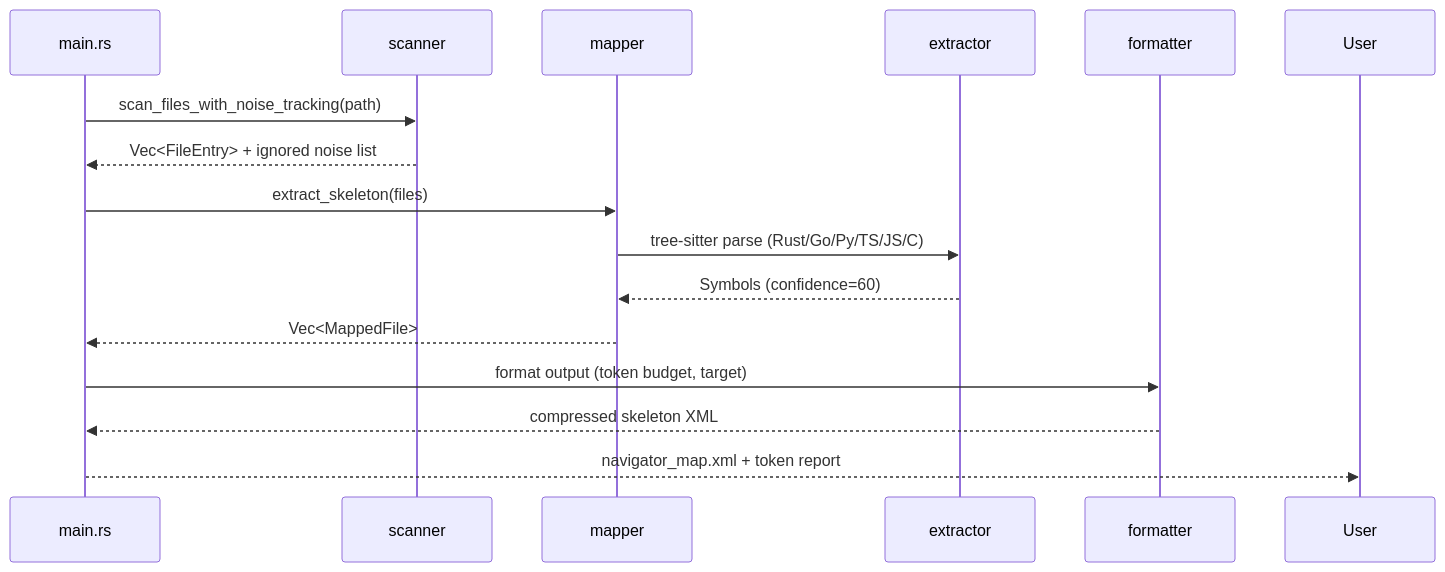
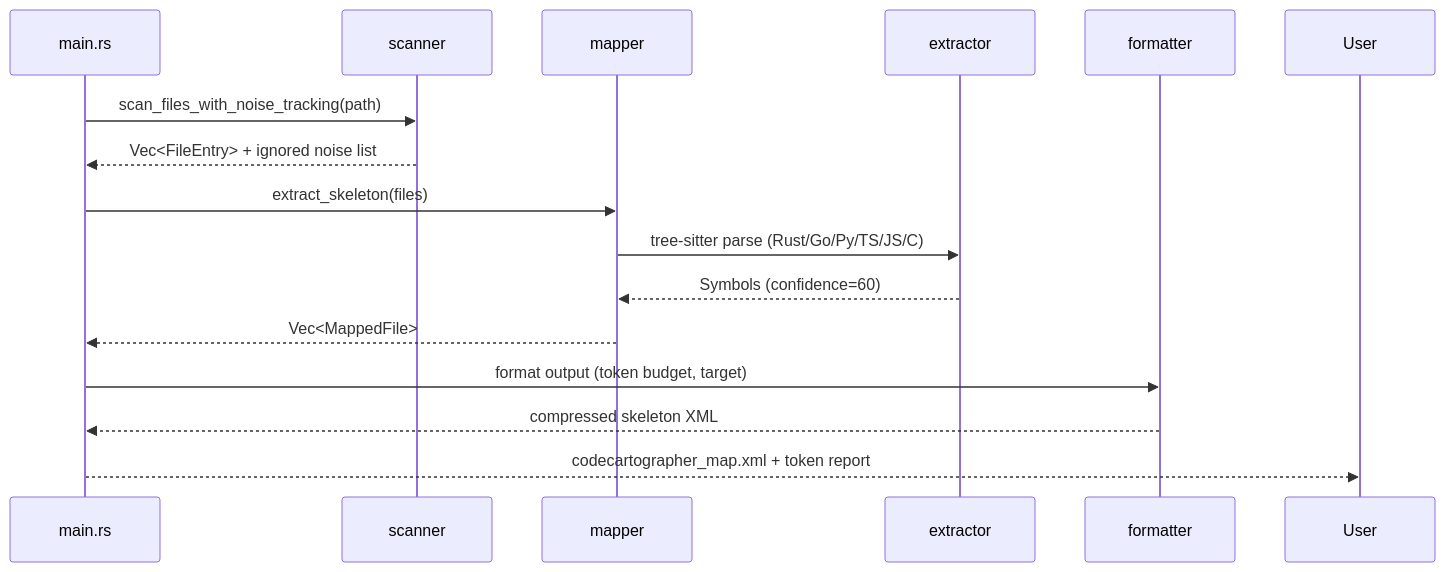
Before and after one commit to SimplyLiz/CodeCartographer: the sixth of 7 diagrams in README.md, drawn with Mermaid. The commit also changed other lines of this file and 84 other files, not shown here.

````diff
--- a/README.md
+++ b/README.md
@@ -390,18 +390,18 @@
 ```mermaid
 sequenceDiagram
     participant CLI as main.rs
     participant SC as scanner
     participant MP as mapper
     participant EX as extractor
     participant FM as formatter
 
     CLI->>SC: scan_files_with_noise_tracking(path)
     SC-->>CLI: Vec<FileEntry> + ignored noise list
     CLI->>MP: extract_skeleton(files)
     MP->>EX: tree-sitter parse (Rust/Go/Py/TS/JS/C)
     EX-->>MP: Symbols (confidence=60)
     MP-->>CLI: Vec<MappedFile>
     CLI->>FM: format output (token budget, target)
     FM-->>CLI: compressed skeleton XML
-    CLI-->>User: navigator_map.xml + token report
+    CLI-->>User: codecartographer_map.xml + token report
 ```
````
